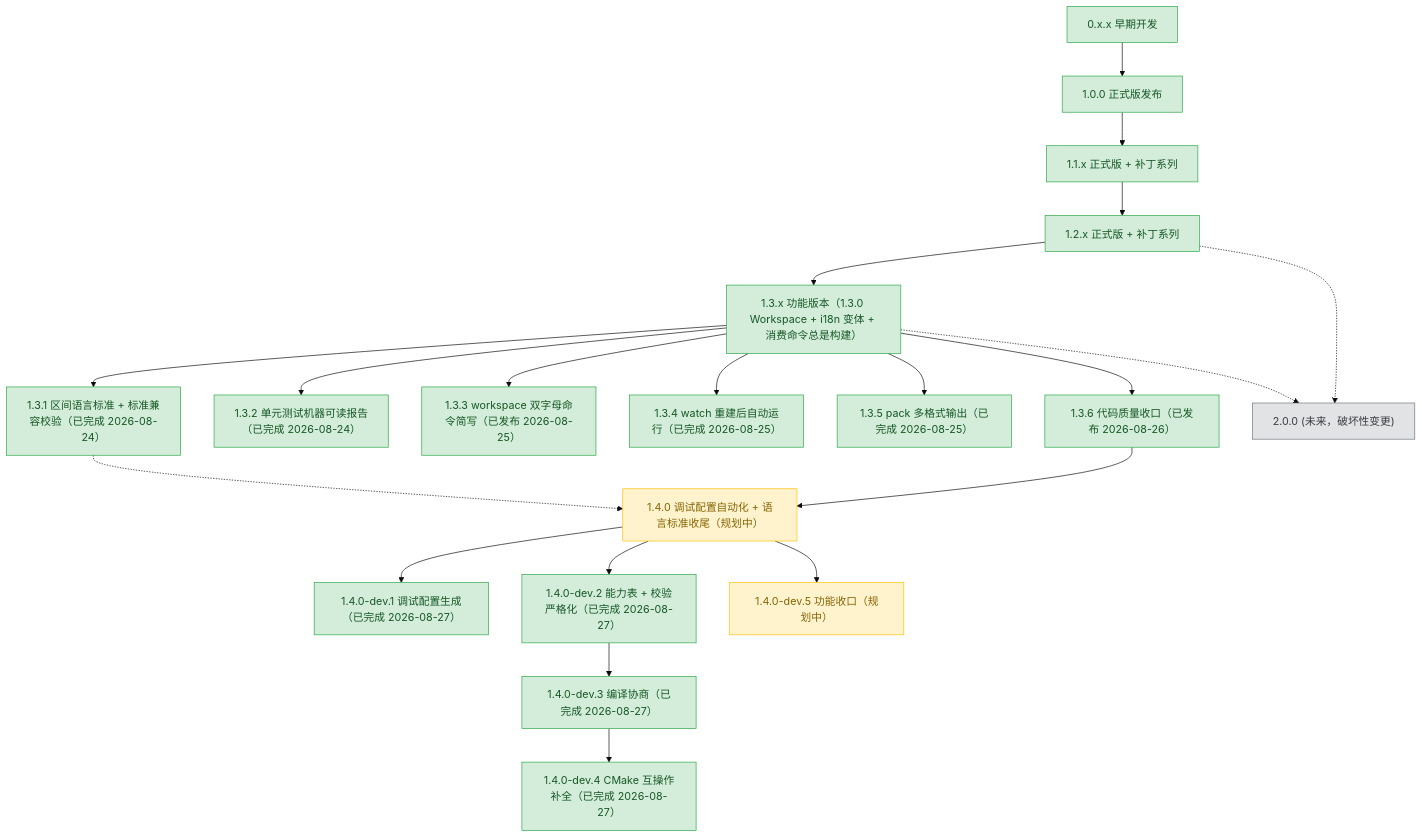
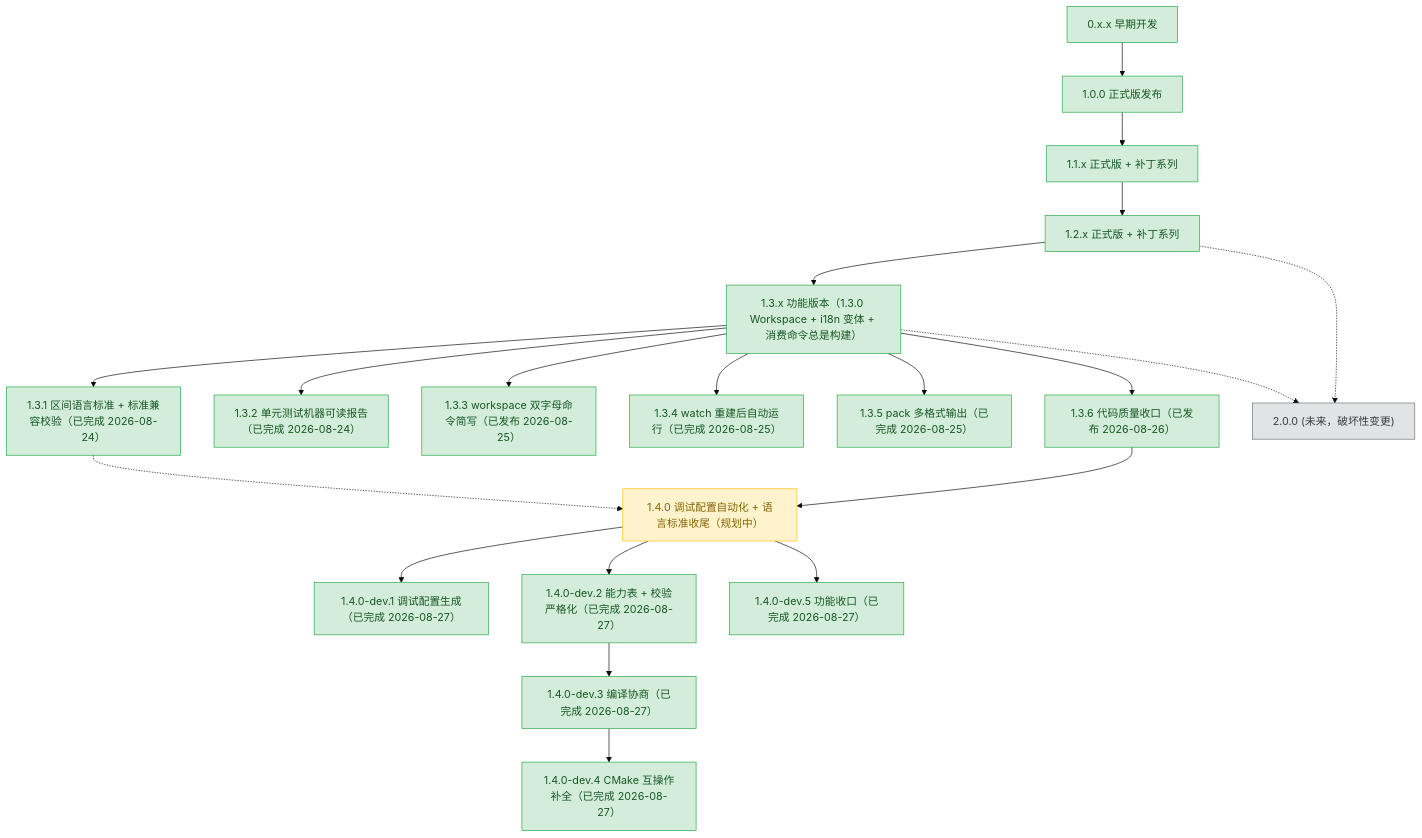
One commit to 3667808244/EazyMake changed the diagram in plans/README.md. Above: the diagram before and after it, drawn with Mermaid (base theme). The commit also changed other lines of this file and 6 other files, not shown here.

````diff
--- a/plans/README.md
+++ b/plans/README.md
@@ -66,63 +67,63 @@
 ```mermaid
 graph TD
     v0xx["0.x.x 早期开发"]
     v100["1.0.0 正式版发布"]
     v11x["1.1.x 正式版 + 补丁系列"]
     v12x["1.2.x 正式版 + 补丁系列"]
     v13x["1.3.x 功能版本（1.3.0 Workspace + i18n 变体 + 消费命令总是构建）"]
     v131["1.3.1 区间语言标准 + 标准兼容校验（已完成 2026-08-24）"]
     v132["1.3.2 单元测试机器可读报告（已完成 2026-08-24）"]
     v133["1.3.3 workspace 双字母命令简写（已发布 2026-08-25）"]
     v134["1.3.4 watch 重建后自动运行（已完成 2026-08-25）"]
     v135["1.3.5 pack 多格式输出（已完成 2026-08-25）"]
     v136["1.3.6 代码质量收口（已发布 2026-08-26）"]
     v140["1.4.0 调试配置自动化 + 语言标准收尾（规划中）"]
     v141["1.4.0-dev.1 调试配置生成（已完成 2026-08-27）"]
     v142["1.4.0-dev.2 能力表 + 校验严格化（已完成 2026-08-27）"]
     v143["1.4.0-dev.3 编译协商（已完成 2026-08-27）"]
     v144["1.4.0-dev.4 CMake 互操作补全（已完成 2026-08-27）"]
-    v145["1.4.0-dev.5 功能收口（规划中）"]
+    v145["1.4.0-dev.5 功能收口（已完成 2026-08-27）"]
     v200["2.0.0 (未来，破坏性变更)"]
 
     v0xx --> v100
     v100 --> v11x
     v11x --> v12x
     v12x --> v13x
     v13x --> v131
     v13x --> v132
     v13x --> v133
     v13x --> v134
     v13x --> v135
     v13x --> v136
     v136 --> v140
     v140 --> v141
     v140 --> v142
     v142 --> v143
     v143 --> v144
     v140 --> v145
     v131 -.-> v140
     v12x -.-> v200
     v13x -.-> v200
 
     classDef done fill:#d4edda,stroke:#28a745,color:#155724;
     classDef active fill:#fff3cd,stroke:#ffc107,color:#856404;
     classDef todo fill:#e2e3e5,stroke:#6c757d,color:#383d41;
 
     class v0xx,v100 done;
     class v11x done;
     class v12x done;
     class v13x done;
     class v131 done;
     class v132 done;
     class v133 done;
     class v134 done;
     class v135 done;
     class v136 done;
     class v140 active;
     class v141 done;
     class v142 done;
     class v143 done;
     class v144 done;
-    class v145 active;
+    class v145 done;
     class v200 todo;
 ```
````
